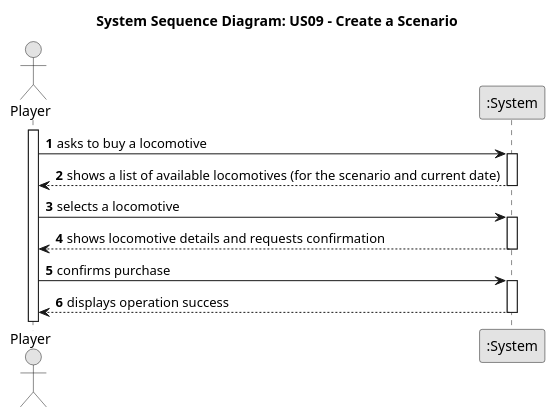
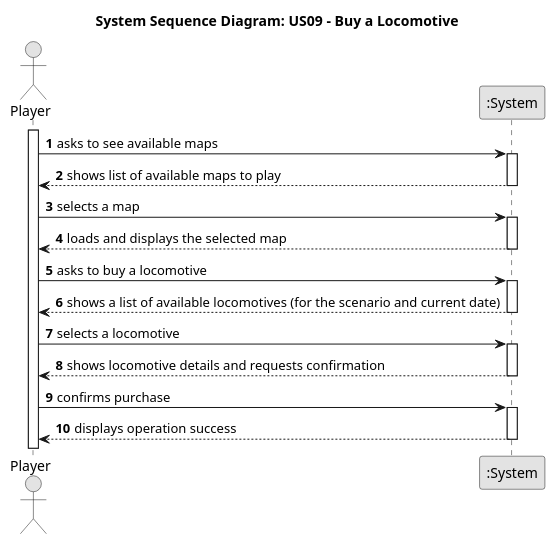
The diagram in docs/system-documentation/Sprint 2/US09/01.requirements-engineering/puml/US09-SSD.puml (HenriqueSilva18/Railway-Network-Simulator), drawn with PlantUML before and after one commit. The commit also changed 11 other files, not shown here.

```diff
--- a/docs/system-documentation/Sprint 2/US09/01.requirements-engineering/puml/US09-SSD.puml
+++ b/docs/system-documentation/Sprint 2/US09/01.requirements-engineering/puml/US09-SSD.puml
@@ -1,33 +1,43 @@
 @startuml
 skinparam monochrome true
 skinparam packageStyle rectangle
 skinparam shadowing false
 
 autonumber
 
-title System Sequence Diagram: US09 - Create a Scenario
+title System Sequence Diagram: US09 - Buy a Locomotive
 
 actor "Player" as Player
 participant ":System" as System
 
 activate Player
+Player -> System : asks to see available maps
+activate System
 
+System --> Player: shows list of available maps to play
+deactivate System
+
+Player -> System: selects a map
+
+activate System
+System --> Player: loads and displays the selected map
+deactivate System
     Player -> System : asks to buy a locomotive
     activate System
 
         System --> Player : shows a list of available locomotives (for the scenario and current date)
     deactivate System
 
     Player -> System : selects a locomotive
     activate System
 
         System --> Player : shows locomotive details and requests confirmation
     deactivate System
 
     Player -> System : confirms purchase
     activate System
 
         System --> Player : displays operation success
     deactivate System
 
 @enduml
```
